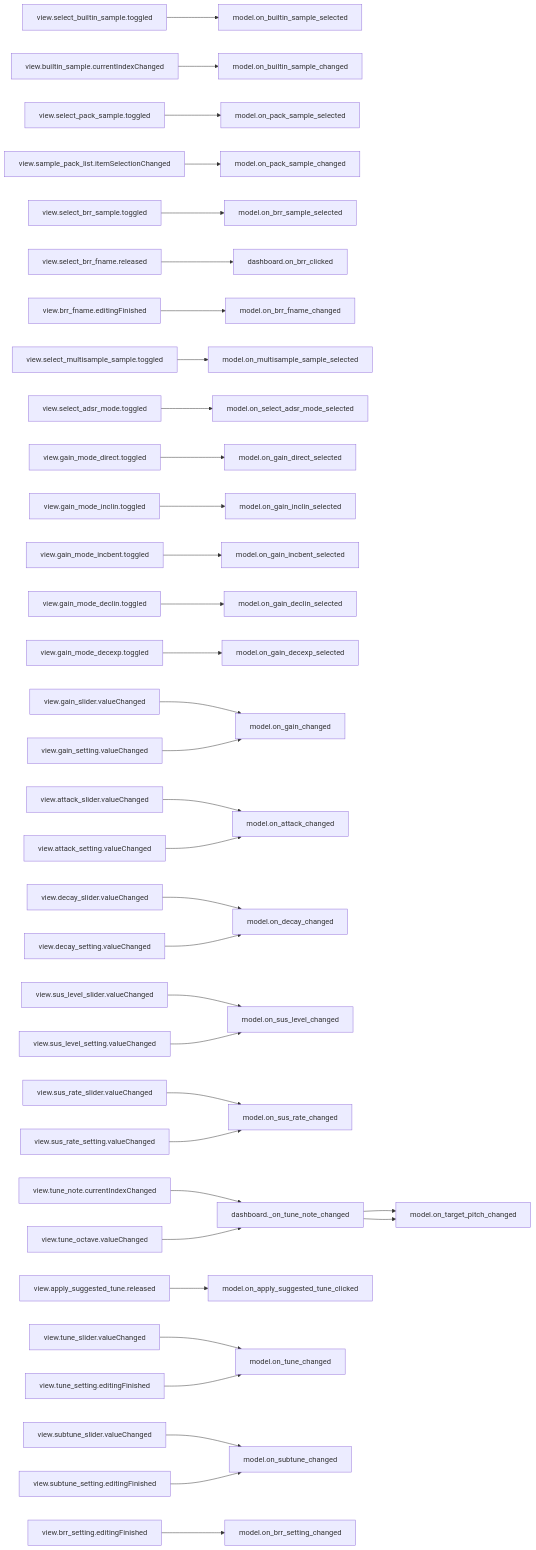
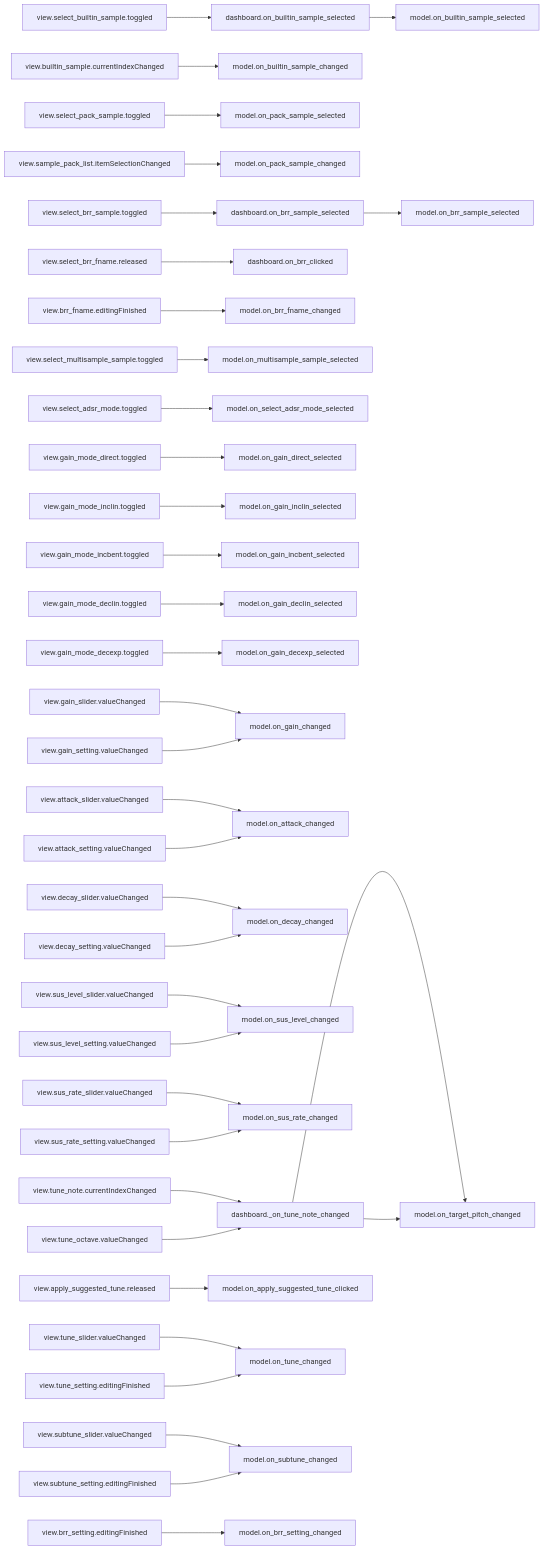
Before and after one commit to com-posers-pit/smw_music: the seventh of 10 diagrams in doc/source/dashboard_signal_slot_map.rst, drawn with Mermaid. The commit also changed 10 other files, not shown here.

```diff
--- a/doc/source/dashboard_signal_slot_map.rst
+++ b/doc/source/dashboard_signal_slot_map.rst
@@ -149,35 +149,35 @@
 .. mermaid::
 
    flowchart LR
-      view.select_builtin_sample.toggled --> model.on_builtin_sample_selected
+      view.select_builtin_sample.toggled --> dashboard.on_builtin_sample_selected --> model.on_builtin_sample_selected
       view.builtin_sample.currentIndexChanged --> model.on_builtin_sample_changed
       view.select_pack_sample.toggled --> model.on_pack_sample_selected
       view.sample_pack_list.itemSelectionChanged --> model.on_pack_sample_changed
-      view.select_brr_sample.toggled --> model.on_brr_sample_selected
+      view.select_brr_sample.toggled --> dashboard.on_brr_sample_selected --> model.on_brr_sample_selected
       view.select_brr_fname.released --> dashboard.on_brr_clicked
       view.brr_fname.editingFinished --> model.on_brr_fname_changed
       view.select_multisample_sample.toggled --> model.on_multisample_sample_selected
       view.select_adsr_mode.toggled --> model.on_select_adsr_mode_selected
       view.gain_mode_direct.toggled --> model.on_gain_direct_selected
       view.gain_mode_inclin.toggled --> model.on_gain_inclin_selected
       view.gain_mode_incbent.toggled --> model.on_gain_incbent_selected
       view.gain_mode_declin.toggled --> model.on_gain_declin_selected
       view.gain_mode_decexp.toggled --> model.on_gain_decexp_selected
       view.gain_slider.valueChanged --> model.on_gain_changed
       view.gain_setting.valueChanged --> model.on_gain_changed
       view.attack_slider.valueChanged --> model.on_attack_changed
       view.attack_setting.valueChanged --> model.on_attack_changed
       view.decay_slider.valueChanged --> model.on_decay_changed
       view.decay_setting.valueChanged --> model.on_decay_changed
       view.sus_level_slider.valueChanged --> model.on_sus_level_changed
       view.sus_level_setting.valueChanged --> model.on_sus_level_changed
       view.sus_rate_slider.valueChanged --> model.on_sus_rate_changed
       view.sus_rate_setting.valueChanged --> model.on_sus_rate_changed
       view.tune_note.currentIndexChanged --> dashboard._on_tune_note_changed --> model.on_target_pitch_changed
       view.tune_octave.valueChanged --> dashboard._on_tune_note_changed --> model.on_target_pitch_changed
       view.apply_suggested_tune.released --> model.on_apply_suggested_tune_clicked
       view.tune_slider.valueChanged --> model.on_tune_changed
       view.tune_setting.editingFinished --> model.on_tune_changed
       view.subtune_slider.valueChanged --> model.on_subtune_changed
       view.subtune_setting.editingFinished --> model.on_subtune_changed
       view.brr_setting.editingFinished --> model.on_brr_setting_changed
```
